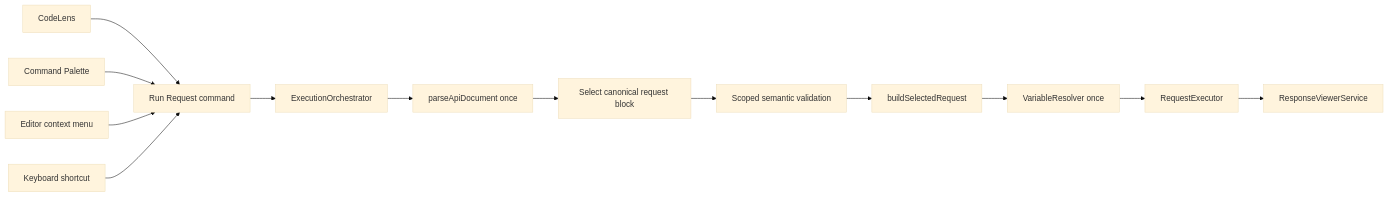
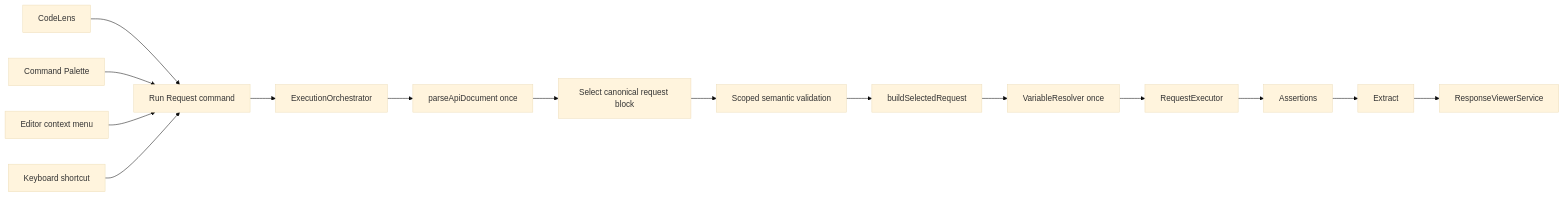
One commit to AnkitSemwal007/API-Hero changed the first of 2 diagrams in docs/architecture/request-execution-pipeline.md. Above: the diagram before and after it, drawn with Mermaid (base theme). The commit also changed other lines of this file and 264 other files, not shown here.

````diff
--- a/docs/architecture/request-execution-pipeline.md
+++ b/docs/architecture/request-execution-pipeline.md
@@ -16,15 +16,17 @@
 ```mermaid
 flowchart LR
   CL[CodeLens] --> C[Run Request command]
   CP[Command Palette] --> C
   EC[Editor context menu] --> C
   KB[Keyboard shortcut] --> C
   C --> O[ExecutionOrchestrator]
   O --> P[parseApiDocument once]
   P --> S[Select canonical request block]
   S --> V[Scoped semantic validation]
   V --> B[buildSelectedRequest]
   B --> VR[VariableResolver once]
   VR --> E[RequestExecutor]
-  E --> R[ResponseViewerService]
+  E --> A[Assertions]
+  A --> X[Extract]
+  X --> R[ResponseViewerService]
 ```
````
